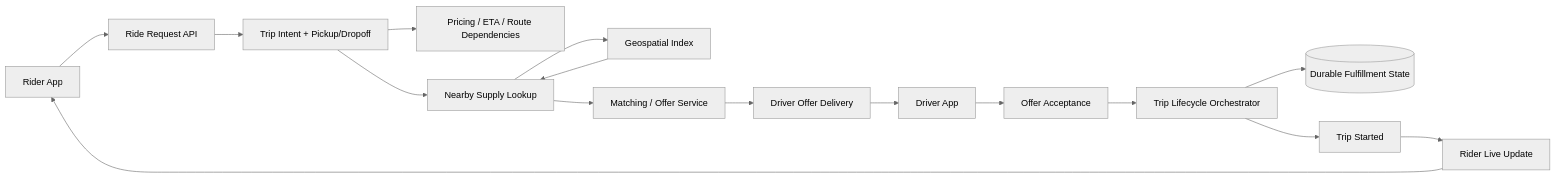
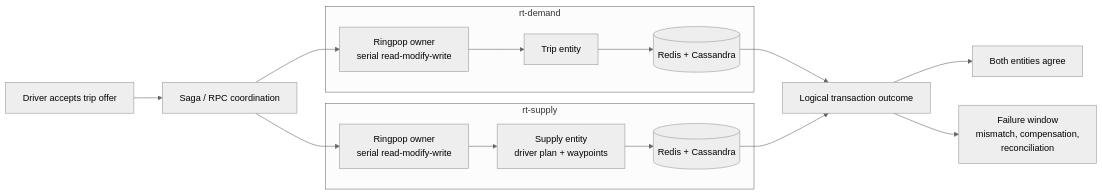
Before and after one commit to max9159/system-design: the first of 3 diagrams in architecture/uber/index.md, drawn with Mermaid (neutral theme). The commit also changed other lines of this file, not shown here.

Commit message:
Update Uber Fulfillment Platform case study with detailed architecture insights and programming model changes

````diff
--- a/architecture/uber/index.md
+++ b/architecture/uber/index.md
@@ -45,18 +44,25 @@
 ```mermaid
 flowchart LR
-    Rider["Rider App"] --> RequestAPI["Ride Request API"]
-    RequestAPI --> Intent["Trip Intent + Pickup/Dropoff"]
-    Intent --> QuoteDeps["Pricing / ETA / Route Dependencies"]
-    Intent --> CandidateLookup["Nearby Supply Lookup"]
-    CandidateLookup --> GeoIndex["Geospatial Index"]
-    GeoIndex --> CandidateLookup
-    CandidateLookup --> Matching["Matching / Offer Service"]
-    Matching --> DriverPush["Driver Offer Delivery"]
-    DriverPush --> Driver["Driver App"]
-    Driver --> Acceptance["Offer Acceptance"]
-    Acceptance --> Lifecycle["Trip Lifecycle Orchestrator"]
-    Lifecycle --> FulfillmentDB[("Durable Fulfillment State")]
-    Lifecycle --> TripStarted["Trip Started"]
-    TripStarted --> RiderPush["Rider Live Update"]
-    RiderPush --> Rider
+    Accept["Driver accepts trip offer"] --> Saga["Saga / RPC coordination"]
+
+    subgraph Demand["rt-demand"]
+        DemandLock["Ringpop owner<br/>serial read-modify-write"]
+        Trip["Trip entity"]
+        DemandStore[("Redis + Cassandra")]
+        DemandLock --> Trip --> DemandStore
+    end
+
+    subgraph Supply["rt-supply"]
+        SupplyLock["Ringpop owner<br/>serial read-modify-write"]
+        Plan["Supply entity<br/>driver plan + waypoints"]
+        SupplyStore[("Redis + Cassandra")]
+        SupplyLock --> Plan --> SupplyStore
+    end
+
+    Saga --> DemandLock
+    Saga --> SupplyLock
+    DemandStore --> Outcome["Logical transaction outcome"]
+    SupplyStore --> Outcome
+    Outcome --> Good["Both entities agree"]
+    Outcome --> Gap["Failure window<br/>mismatch, compensation,<br/>reconciliation"]
 ```
````
